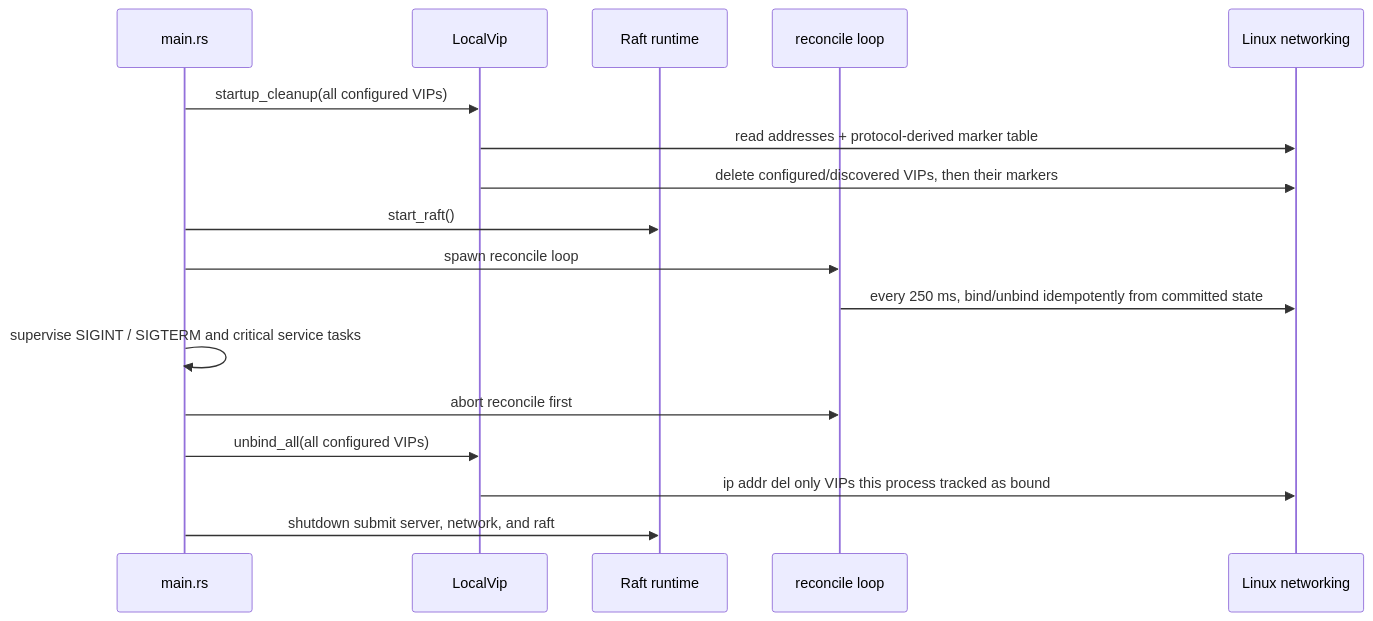
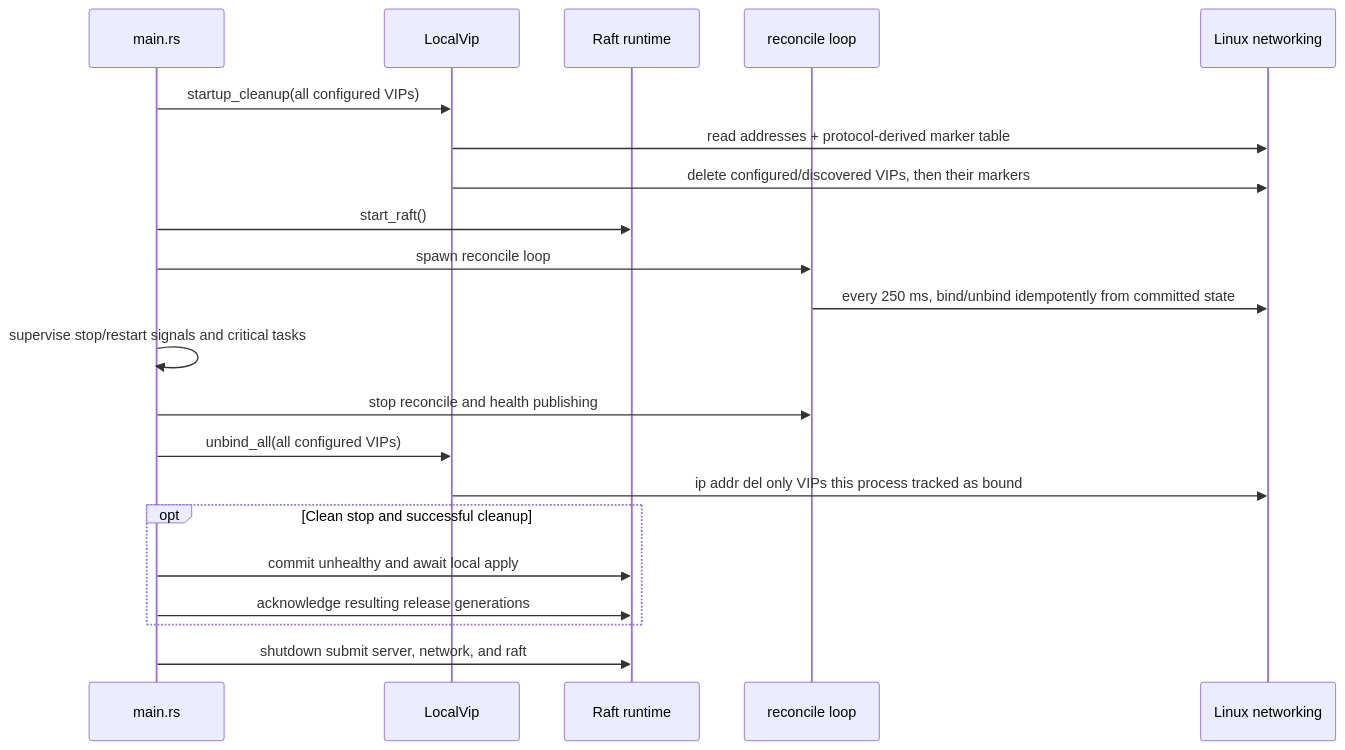
The sixth of 10 diagrams in ARCHITECTURE.md (croit/keepAfloatD), drawn with Mermaid before and after one commit. The commit also changed other lines of this file and 254 other files, not shown here.

````diff
--- a/ARCHITECTURE.md
+++ b/ARCHITECTURE.md
@@ -285,20 +335,24 @@
 ```mermaid
 sequenceDiagram
   participant Main as main.rs
   participant LocalVip as LocalVip
   participant Raft as Raft runtime
   participant Reconcile as reconcile loop
   participant OS as Linux networking
 
   Main->>LocalVip: startup_cleanup(all configured VIPs)
   LocalVip->>OS: read addresses + protocol-derived marker table
   LocalVip->>OS: delete configured/discovered VIPs, then their markers
   Main->>Raft: start_raft()
   Main->>Reconcile: spawn reconcile loop
   Reconcile->>OS: every 250 ms, bind/unbind idempotently from committed state
-  Main->>Main: supervise SIGINT / SIGTERM and critical service tasks
-  Main->>Reconcile: abort reconcile first
+  Main->>Main: supervise stop/restart signals and critical tasks
+  Main->>Reconcile: stop reconcile and health publishing
   Main->>LocalVip: unbind_all(all configured VIPs)
   LocalVip->>OS: ip addr del only VIPs this process tracked as bound
+  opt Clean stop and successful cleanup
+    Main->>Raft: commit unhealthy and await local apply
+    Main->>Raft: acknowledge resulting release generations
+  end
   Main->>Raft: shutdown submit server, network, and raft
 ```
````
